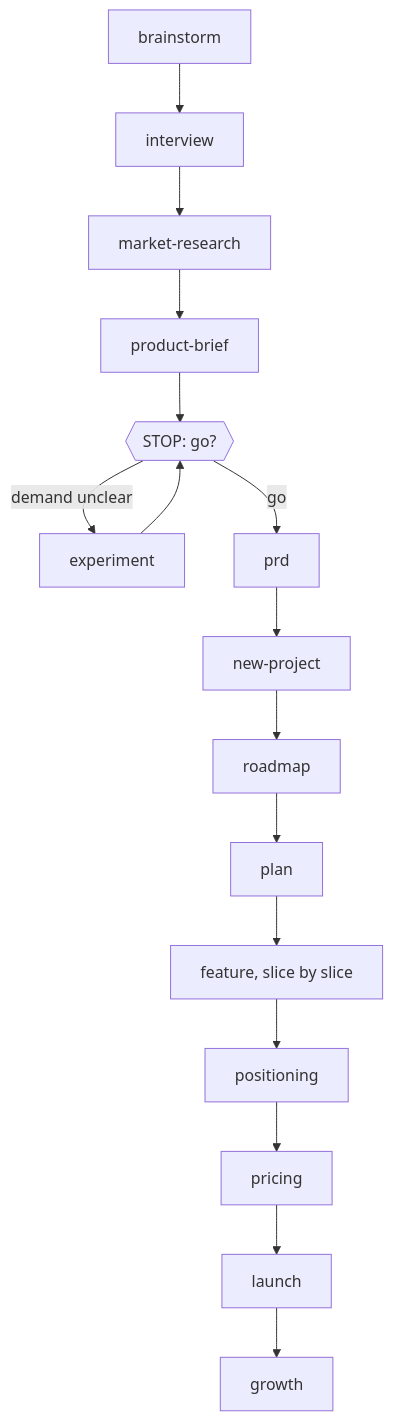
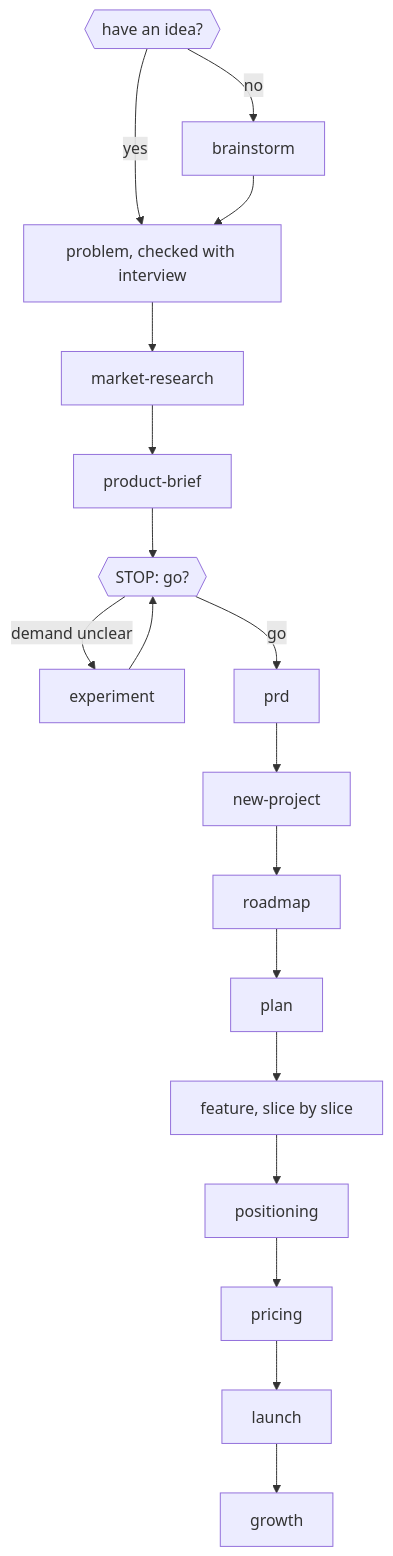
The first of 2 diagrams in FLOWS.md (developedbyflow/ways-of-working), drawn with Mermaid before and after one commit. The commit also changed other lines of this file and 13 other files, not shown here.

````diff
--- a/FLOWS.md
+++ b/FLOWS.md
@@ -7,18 +7,20 @@
 ```mermaid
 flowchart TD
-  A[brainstorm] --> B[interview]
+  Q{{"have an idea?"}} -->|no| A[brainstorm]
+  Q -->|yes| B[problem, checked with interview]
+  A --> B
   B --> C[market-research]
   C --> D[product-brief]
   D --> E{{"STOP: go?"}}
   E -->|demand unclear| F[experiment]
   F --> E
   E -->|go| G[prd]
   G --> H[new-project]
   H --> I[roadmap]
   I --> J[plan]
   J --> K[feature, slice by slice]
   K --> L[positioning]
   L --> M[pricing]
   M --> N[launch]
   N --> O[growth]
 ```
````
